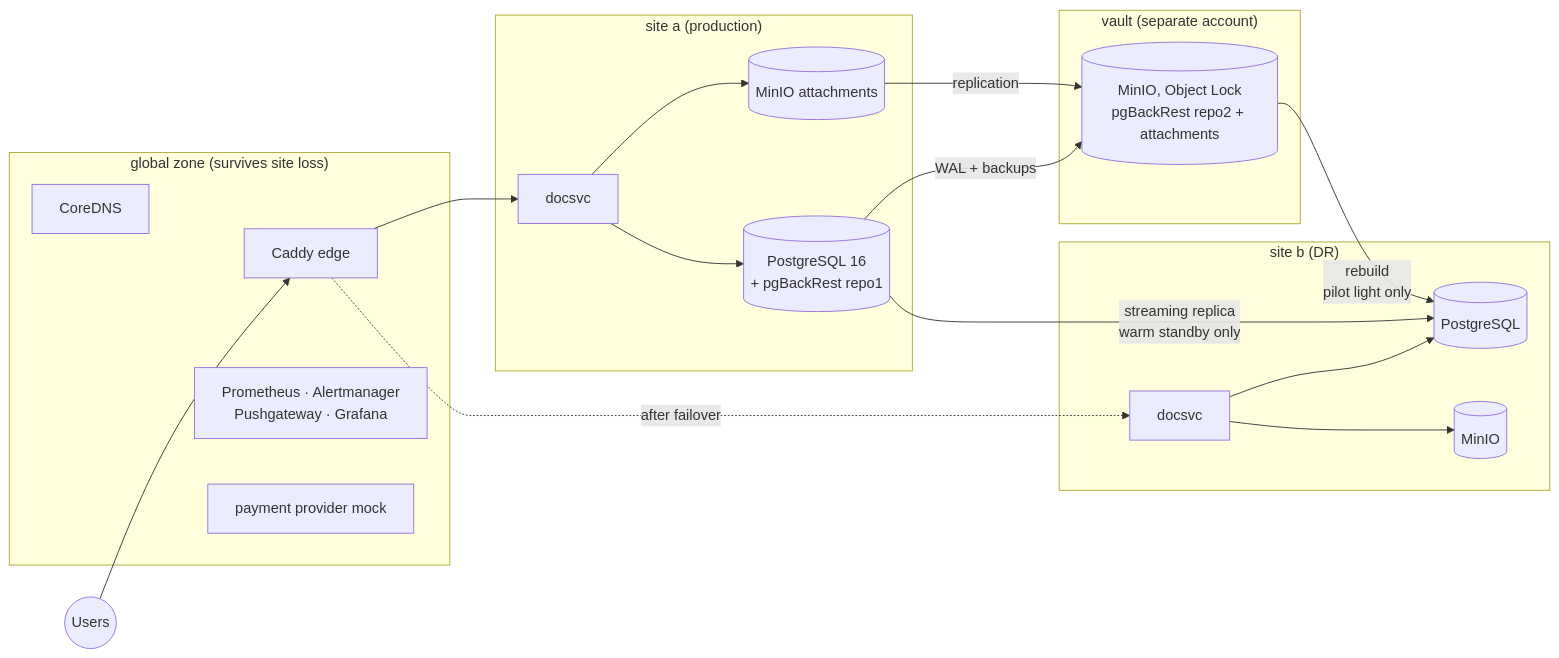
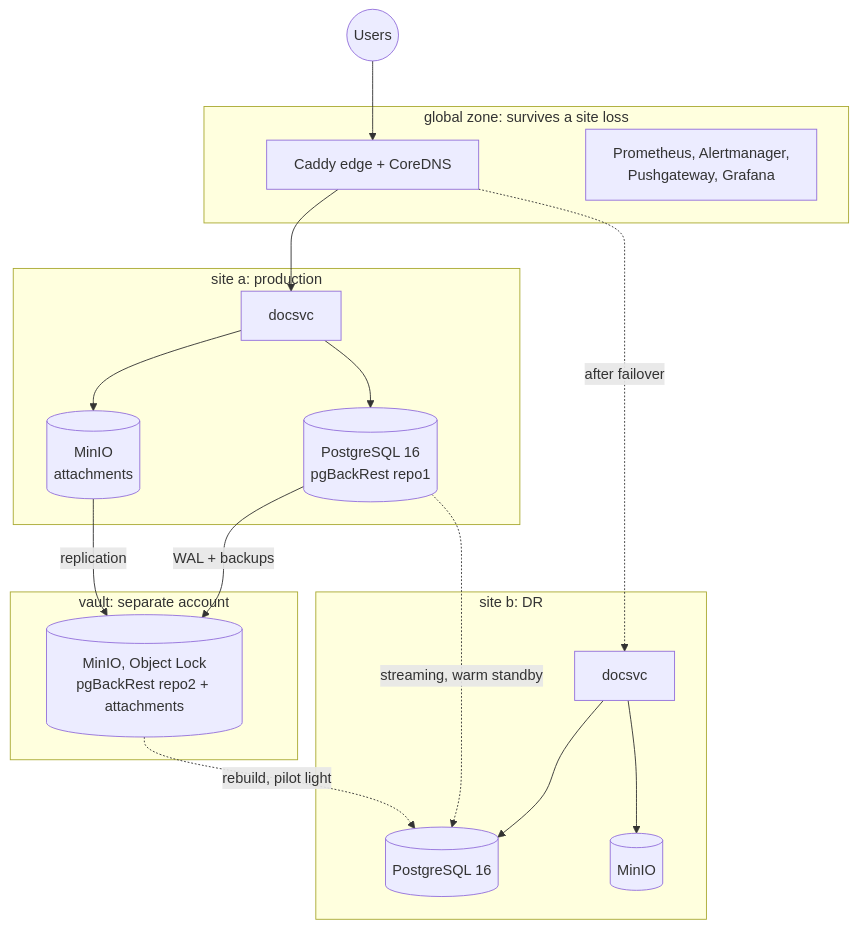
One commit to oplosy/disavery changed the diagram in README.md. Above: the diagram before and after it, drawn with Mermaid.

Commit message:
docs: draw the architecture top-down so it stays legible

````diff
--- a/README.md
+++ b/README.md
@@ -46,26 +46,25 @@
 ```mermaid
-flowchart LR
+flowchart TB
   users((Users)) --> edge
-  subgraph global["global zone (survives site loss)"]
-    dns[CoreDNS] ~~~ edge[Caddy edge]
-    mon[Prometheus · Alertmanager<br/>Pushgateway · Grafana]
-    webhook[payment provider mock]
+  subgraph global["global zone: survives a site loss"]
+    edge[Caddy edge + CoreDNS]
+    mon[Prometheus, Alertmanager,<br/>Pushgateway, Grafana]
   end
-  subgraph a["site a (production)"]
-    appa[docsvc] --> dba[(PostgreSQL 16<br/>+ pgBackRest repo1)]
-    appa --> obja[(MinIO attachments)]
+  subgraph a["site a: production"]
+    appa[docsvc] --> dba[(PostgreSQL 16<br/>pgBackRest repo1)]
+    appa --> obja[(MinIO<br/>attachments)]
   end
-  subgraph b["site b (DR)"]
-    appb[docsvc] --> dbb[(PostgreSQL)]
+  subgraph b["site b: DR"]
+    appb[docsvc] --> dbb[(PostgreSQL 16)]
     appb --> objb[(MinIO)]
   end
-  subgraph v["vault (separate account)"]
+  subgraph v["vault: separate account"]
     vault[(MinIO, Object Lock<br/>pgBackRest repo2 + attachments)]
   end
   edge --> appa
   edge -. after failover .-> appb
   dba -- WAL + backups --> vault
   obja -- replication --> vault
-  dba -- streaming replica<br/>warm standby only --> dbb
-  vault -- rebuild<br/>pilot light only --> dbb
+  dba -. streaming, warm standby .-> dbb
+  vault -. rebuild, pilot light .-> dbb
 ```
````
